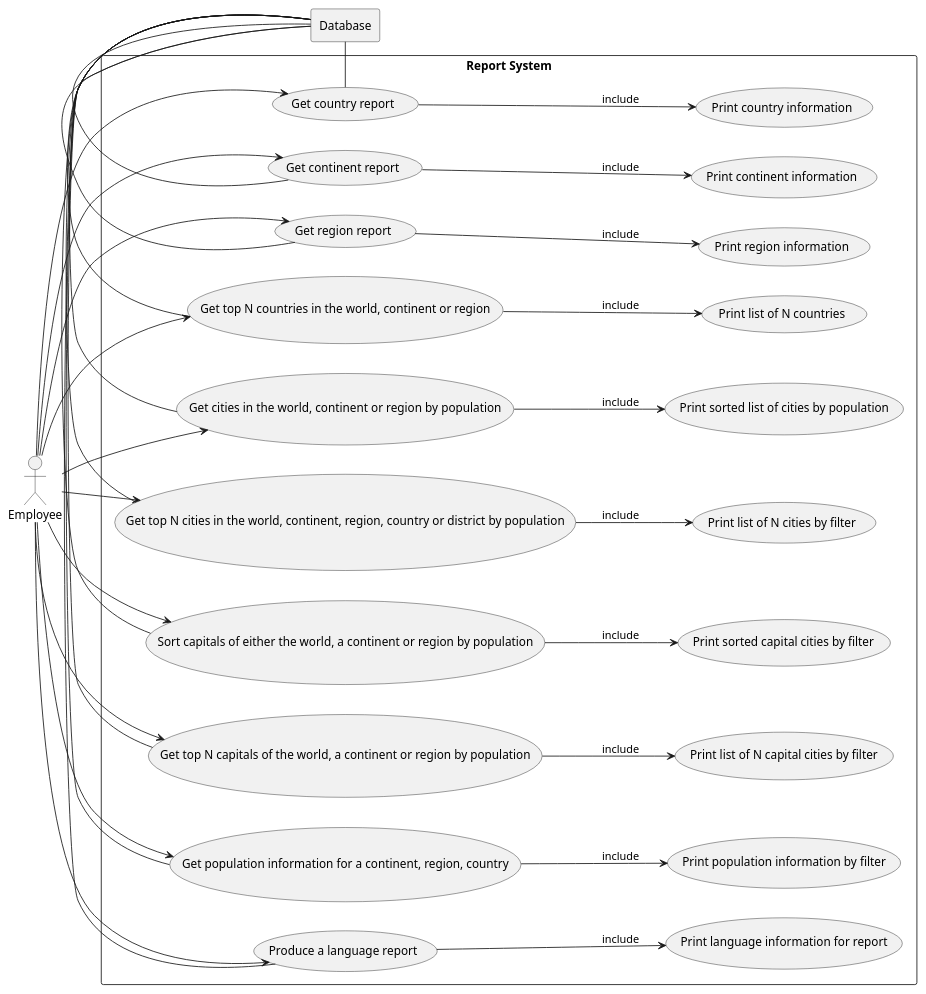
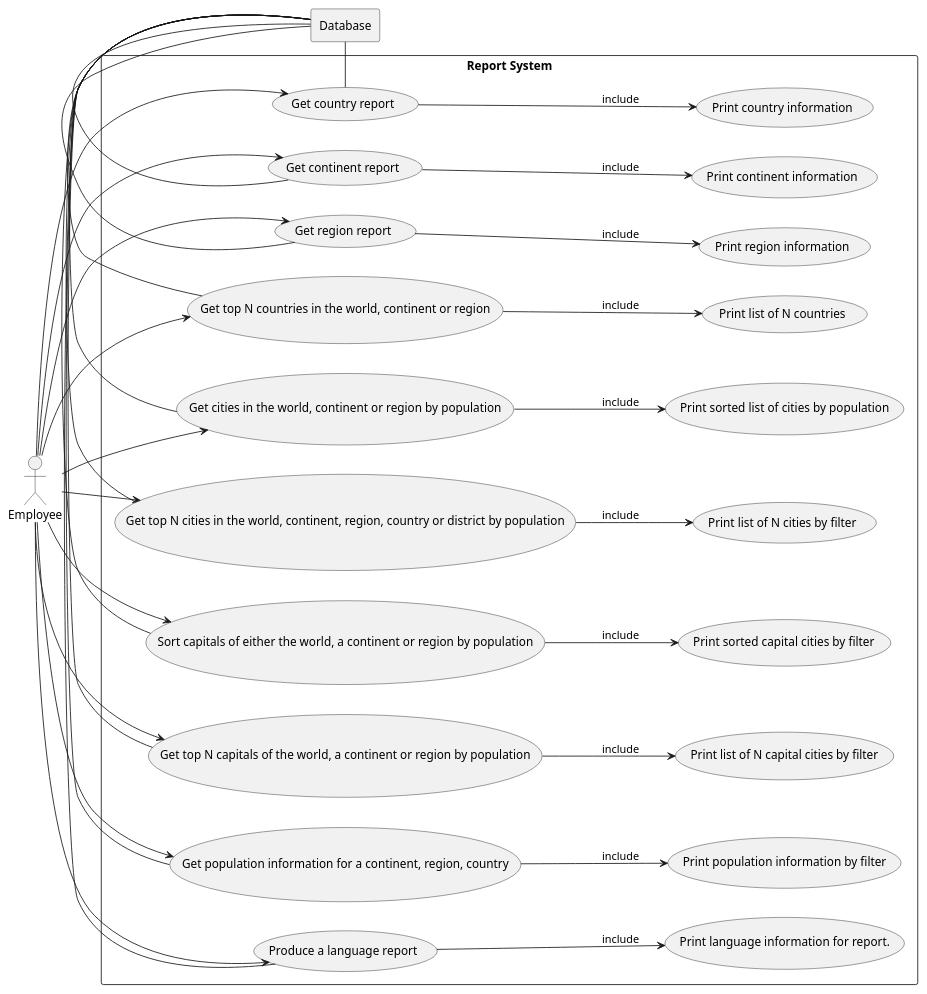
Before and after one commit to a-nicolson/group-sem: the diagram in use-cases/Report System.puml, drawn with PlantUML.

Commit message:
Edited PUML

```diff
--- a/use-cases/Report System.puml
+++ b/use-cases/Report System.puml
@@ -1,66 +1,66 @@
 @startuml
 left to right direction
 
 actor Employee
 
 rectangle Database
 
 rectangle "Report System" {
   usecase UC1 as "Get country report"
   usecase UC2 as "Get continent report"
   usecase UC3 as "Get region report"
   usecase UC4 as "Get top N countries in the world, continent or region"
   usecase UC5 as "Get cities in the world, continent or region by population"
   usecase UC6 as "Get top N cities in the world, continent, region, country or district by population"
   usecase UC7 as "Sort capitals of either the world, a continent or region by population"
   usecase UC8 as "Get top N capitals of the world, a continent or region by population"
   usecase UC9 as "Get population information for a continent, region, country"
   usecase UC10 as "Produce a language report"
 
   usecase UCa as "Print country information"
   usecase UCb as "Print continent information"
   usecase UCc as "Print region information"
   usecase UCd as "Print list of N countries"
   usecase UCe as "Print sorted list of cities by population"
   usecase UCf as "Print list of N cities by filter"
   usecase UCg as "Print sorted capital cities by filter"
   usecase UCh as "Print list of N capital cities by filter"
   usecase UCi as "Print population information by filter"
-  usecase UCj as "Print language information for report"
+  usecase UCj as "Print language information for report."
 
   UC1 --> UCa : include
   UC2 --> UCb : include
   UC3 --> UCc : include
   UC4 --> UCd : include
   UC5 --> UCe : include
   UC6 --> UCf : include
   UC7 --> UCg : include
   UC8 --> UCh : include
   UC9 --> UCi : include
   UC10 --> UCj : include
 
 
 
   Employee --> UC1
   Employee --> UC2
   Employee --> UC3
   Employee --> UC4
   Employee --> UC5
   Employee --> UC6
   Employee --> UC7
   Employee --> UC8
   Employee --> UC9
   Employee --> UC10
 
   UC1 - Database
   UC2 - Database
   UC3 - Database
   UC4 - Database
   UC5 - Database
   UC6 -Database
   UC7 - Database
   UC8 - Database
   UC9 -Database
   UC10 - Database
 }
 @enduml
```
